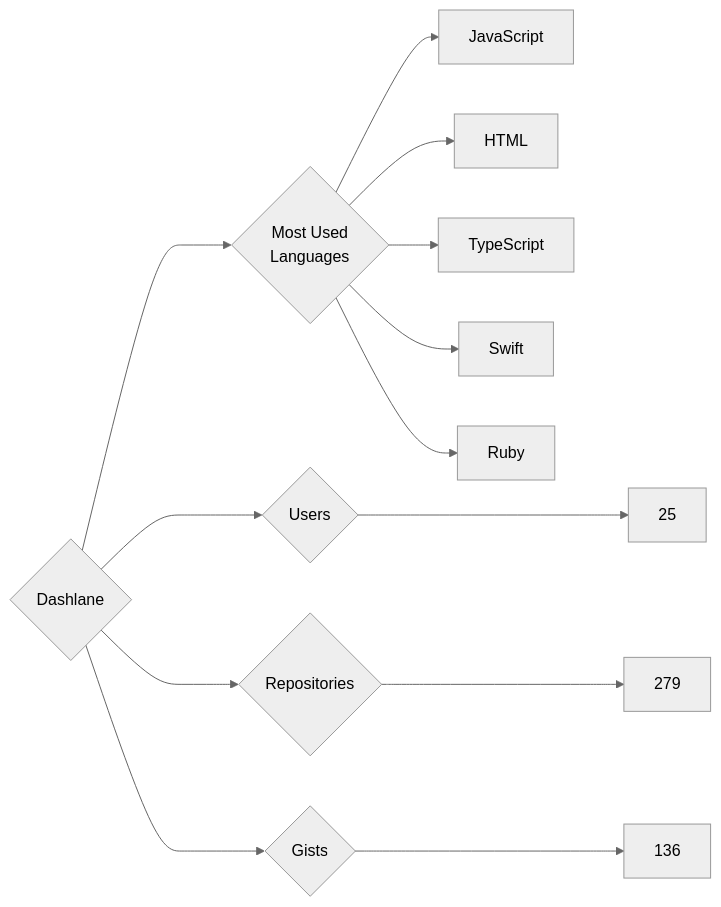
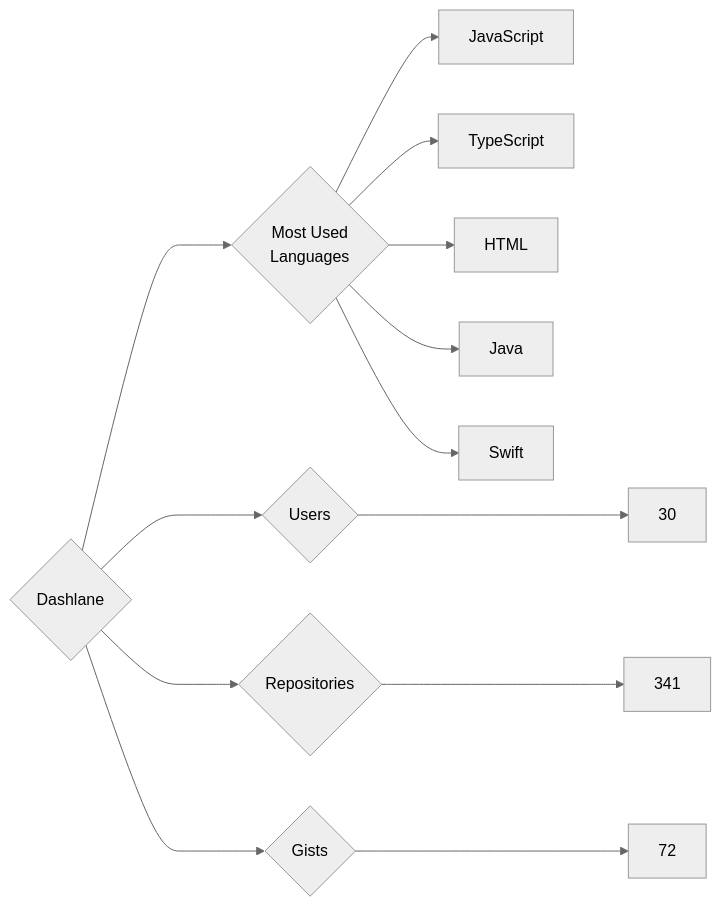
The diagram in targets/Dashlane/README.md (trickest/insiders), drawn with Mermaid (neutral theme) before and after one commit. The commit also changed 951 other files, not shown here.

````diff
--- a/targets/Dashlane/README.md
+++ b/targets/Dashlane/README.md
@@ -3,13 +3,13 @@
 ```mermaid
 graph LR
 COMPANY_NAME{Dashlane}
-COMPANY_NAME ---> U{Users} ---> UN[25]
-COMPANY_NAME ---> R{Repositories} ---> RN[279]
-COMPANY_NAME ---> G{Gists} ---> GN[136]
+COMPANY_NAME ---> U{Users} ---> UN[30]
+COMPANY_NAME ---> R{Repositories} ---> RN[341]
+COMPANY_NAME ---> G{Gists} ---> GN[72]
 COMPANY_NAME ---> ML{Most Used<br>Languages}
 ML --> JavaScript[JavaScript]
+ML --> TypeScript[TypeScript]
 ML --> HTML[HTML]
-ML --> TypeScript[TypeScript]
+ML --> Java[Java]
 ML --> Swift[Swift]
-ML --> Ruby[Ruby]
 ```
````
